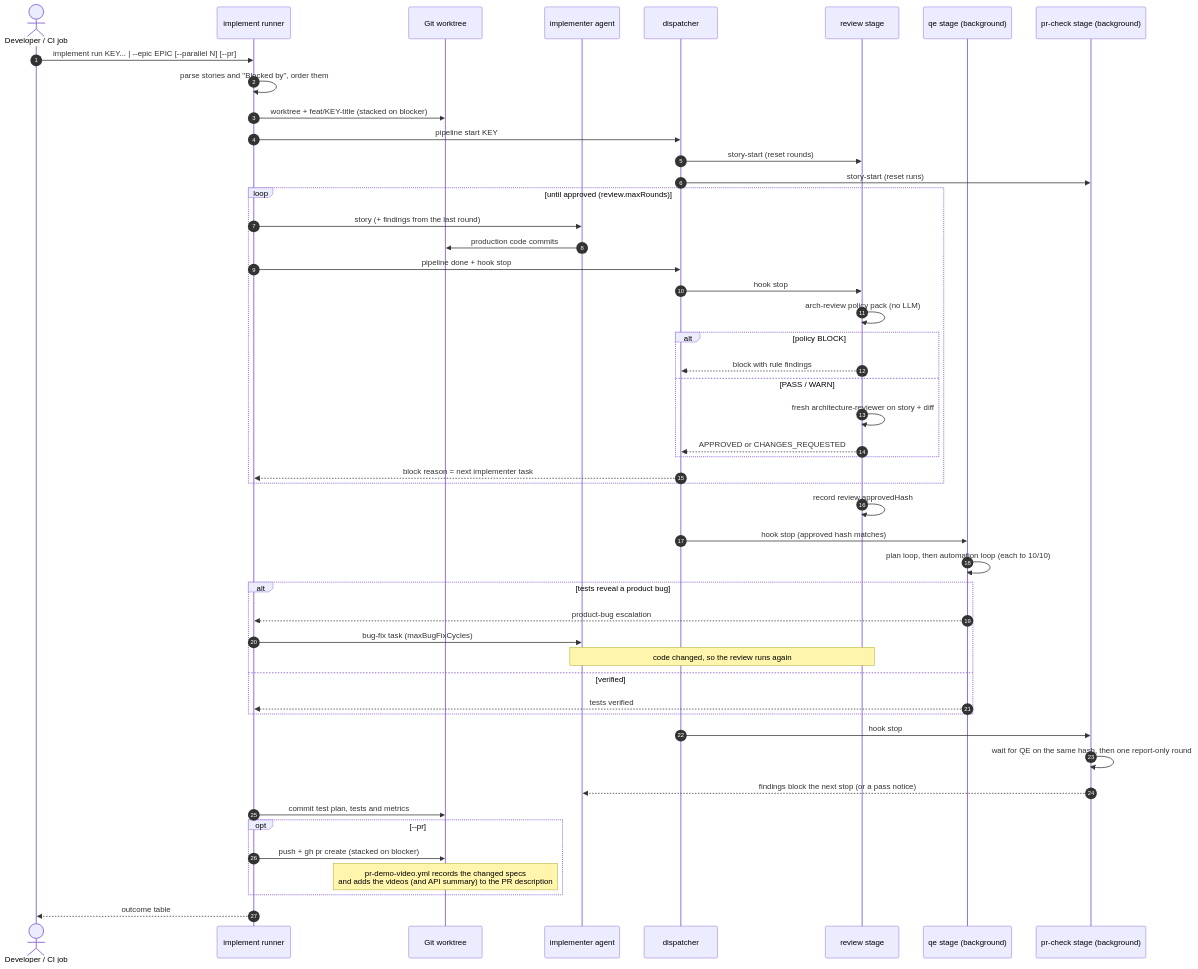
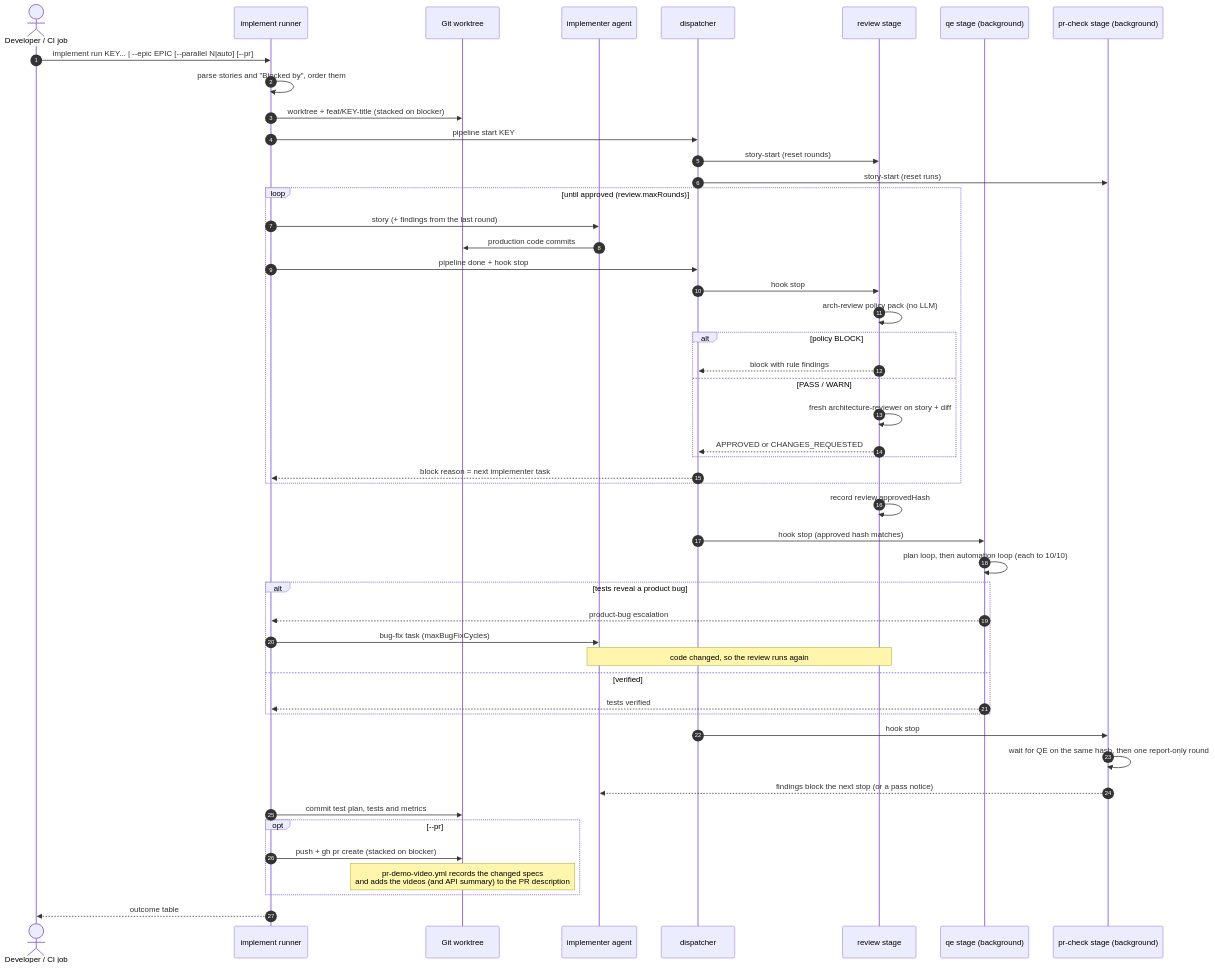
The second of 3 diagrams in docs/ai-pipeline/README.md (armandodollia-slalom/AI-Immersion-eShop), drawn with Mermaid before and after one commit. The commit also changed other lines of this file and 10 other files, not shown here.

First line of the commit message:
docs: refresh architecture and AI pipeline docs to match current code

````diff
--- a/docs/ai-pipeline/README.md
+++ b/docs/ai-pipeline/README.md
@@ -65,56 +65,56 @@
 ```mermaid
 sequenceDiagram
   autonumber
   actor Dev as Developer / CI job
   participant Run as implement runner
   participant Git as Git worktree
   participant Impl as implementer agent
   participant Disp as dispatcher
   participant Rev as review stage
   participant QE as qe stage (background)
   participant PRC as pr-check stage (background)
 
-  Dev->>Run: implement run KEY... | --epic EPIC [--parallel N] [--pr]
+  Dev->>Run: implement run KEY... | --epic EPIC [--parallel N|auto] [--pr]
   Run->>Run: parse stories and "Blocked by", order them
   Run->>Git: worktree + feat/KEY-title (stacked on blocker)
   Run->>Disp: pipeline start KEY
   Disp->>Rev: story-start (reset rounds)
   Disp->>PRC: story-start (reset runs)
 
   loop until approved (review.maxRounds)
     Run->>Impl: story (+ findings from the last round)
     Impl->>Git: production code commits
     Run->>Disp: pipeline done + hook stop
     Disp->>Rev: hook stop
     Rev->>Rev: arch-review policy pack (no LLM)
     alt policy BLOCK
       Rev-->>Disp: block with rule findings
     else PASS / WARN
       Rev->>Rev: fresh architecture-reviewer on story + diff
       Rev-->>Disp: APPROVED or CHANGES_REQUESTED
     end
     Disp-->>Run: block reason = next implementer task
   end
 
   Rev->>Rev: record review.approvedHash
   Disp->>QE: hook stop (approved hash matches)
   QE->>QE: plan loop, then automation loop (each to 10/10)
   alt tests reveal a product bug
     QE-->>Run: product-bug escalation
     Run->>Impl: bug-fix task (maxBugFixCycles)
     Note over Impl,Rev: code changed, so the review runs again
   else verified
     QE-->>Run: tests verified
   end
 
   Disp->>PRC: hook stop
   PRC->>PRC: wait for QE on the same hash, then one report-only round
   PRC-->>Impl: findings block the next stop (or a pass notice)
 
   Run->>Git: commit test plan, tests and metrics
   opt --pr
     Run->>Git: push + gh pr create (stacked on blocker)
     Note over Git: pr-demo-video.yml records the changed specs<br/>and adds the videos (and API summary) to the PR description
   end
   Run-->>Dev: outcome table
 ```
````
